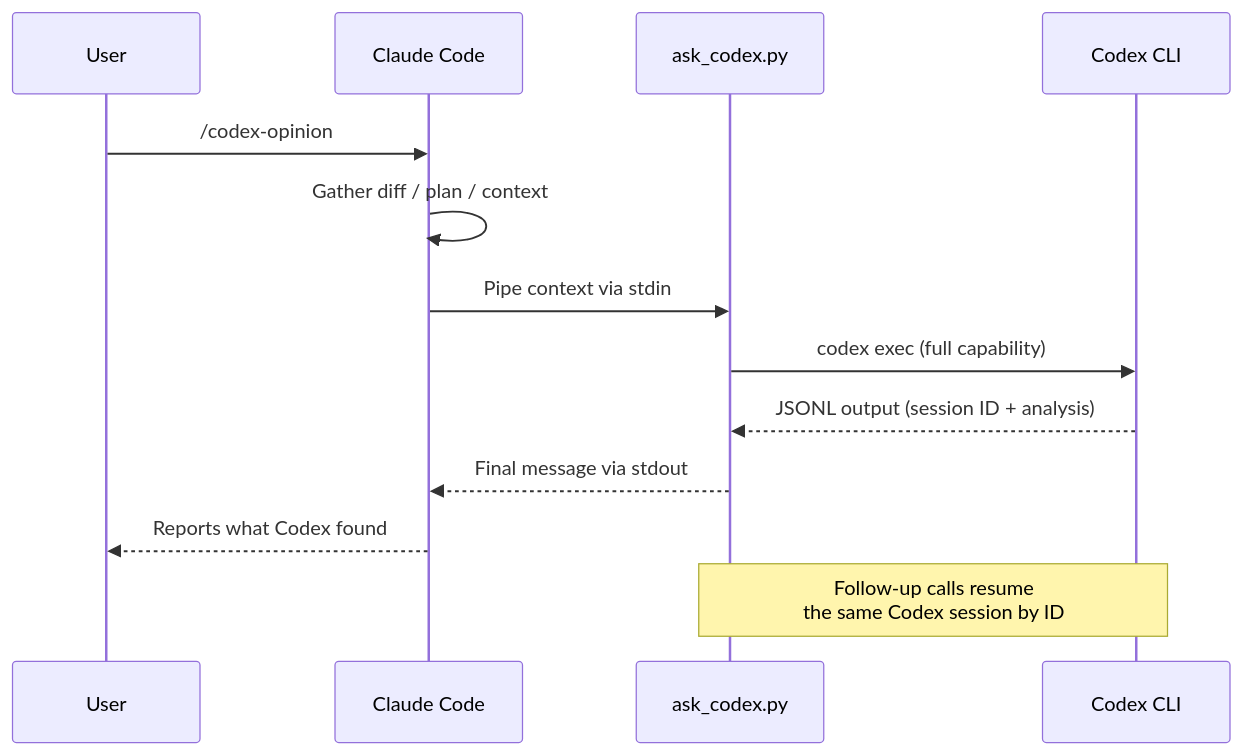
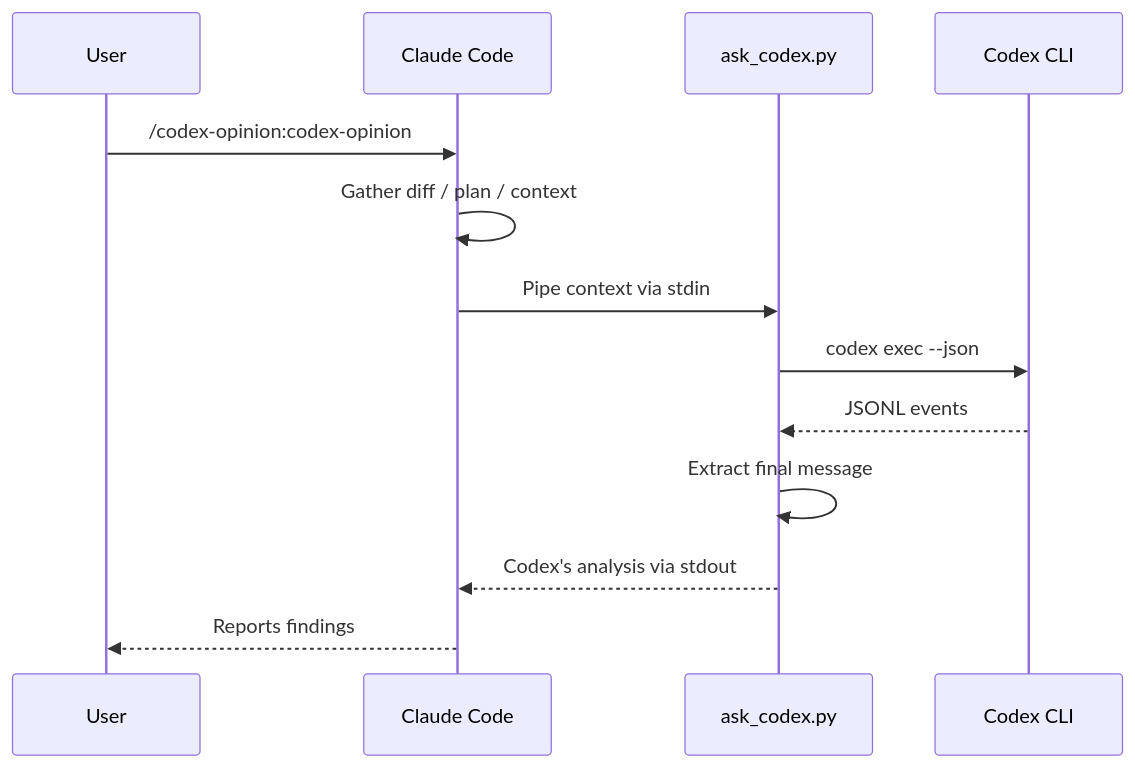
The first of 4 diagrams in README.md (ehzawad/codex-opinion), drawn with Mermaid before and after one commit. The commit also changed other lines of this file and 2 other files, not shown here.

First line of the commit message:
fix session management, docs accuracy, and command naming

````diff
--- a/README.md
+++ b/README.md
@@ -11,17 +44,16 @@
 ```mermaid
 sequenceDiagram
     participant U as User
     participant C as Claude Code
     participant S as ask_codex.py
     participant X as Codex CLI
 
-    U->>C: /codex-opinion
+    U->>C: /codex-opinion:codex-opinion
     C->>C: Gather diff / plan / context
     C->>S: Pipe context via stdin
-    S->>X: codex exec (full capability)
-    X-->>S: JSONL output (session ID + analysis)
-    S-->>C: Final message via stdout
-    C-->>U: Reports what Codex found
-
-    Note over S,X: Follow-up calls resume<br/>the same Codex session by ID
+    S->>X: codex exec --json
+    X-->>S: JSONL events
+    S->>S: Extract final message
+    S-->>C: Codex's analysis via stdout
+    C-->>U: Reports findings
 ```
````
